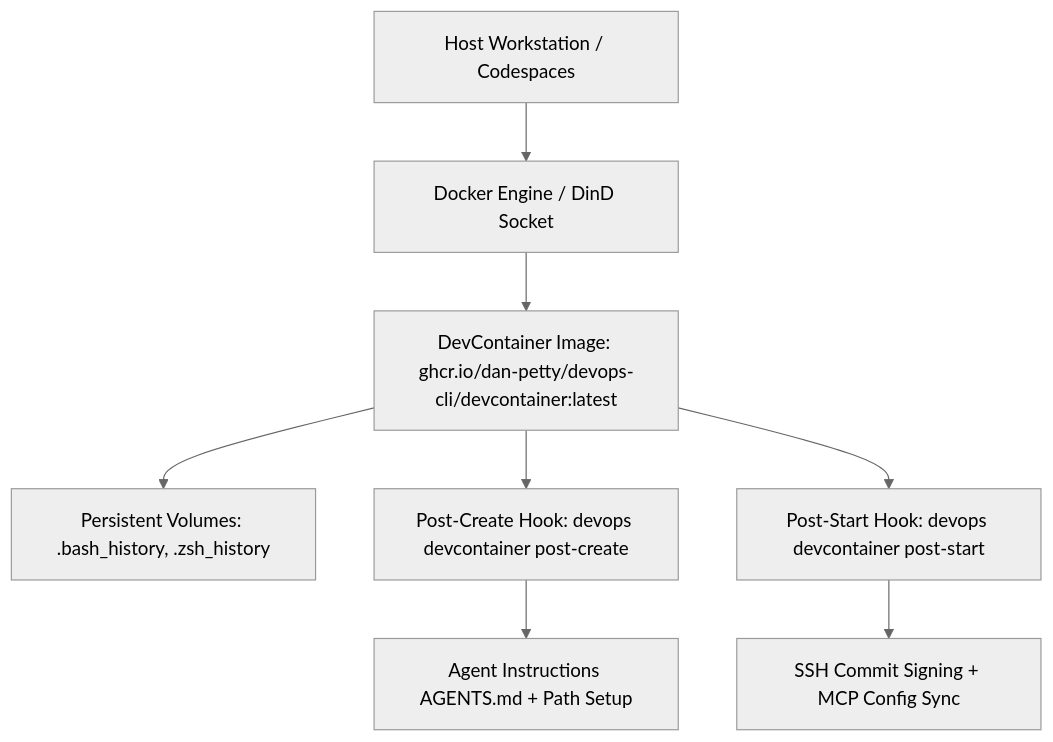
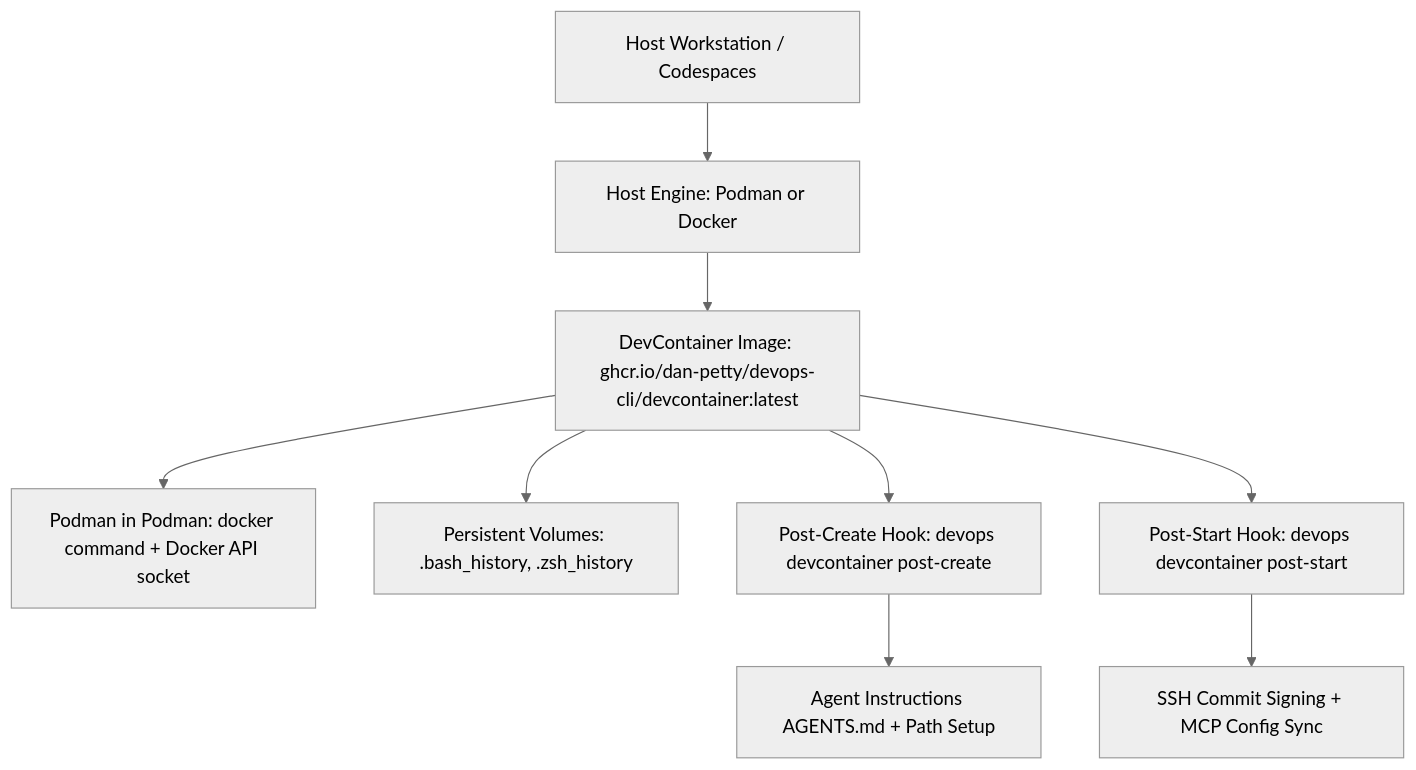
The diagram in src/devops_cli/ai/knowledge_base/it_domains/topics/developer_workstations_and_devcontainers.md (dan-petty/devops-cli), drawn with Mermaid (neutral theme) before and after one commit. The commit also changed other lines of this file and 3 other files, not shown here.

````diff
--- a/src/devops_cli/ai/knowledge_base/it_domains/topics/developer_workstations_and_devcontainers.md
+++ b/src/devops_cli/ai/knowledge_base/it_domains/topics/developer_workstations_and_devcontainers.md
@@ -19,10 +19,11 @@
 ```mermaid
 graph TD
-    A[Host Workstation / Codespaces] --> B[Docker Engine / DinD Socket]
+    A[Host Workstation / Codespaces] --> B[Host Engine: Podman or Docker]
     B --> C[DevContainer Image: ghcr.io/dan-petty/devops-cli/devcontainer:latest]
+    C --> I[Podman in Podman: docker command + Docker API socket]
     C --> D[Persistent Volumes: .bash_history, .zsh_history]
     C --> E[Post-Create Hook: devops devcontainer post-create]
     C --> F[Post-Start Hook: devops devcontainer post-start]
     E --> G[Agent Instructions AGENTS.md + Path Setup]
     F --> H[SSH Commit Signing + MCP Config Sync]
 ```
````
